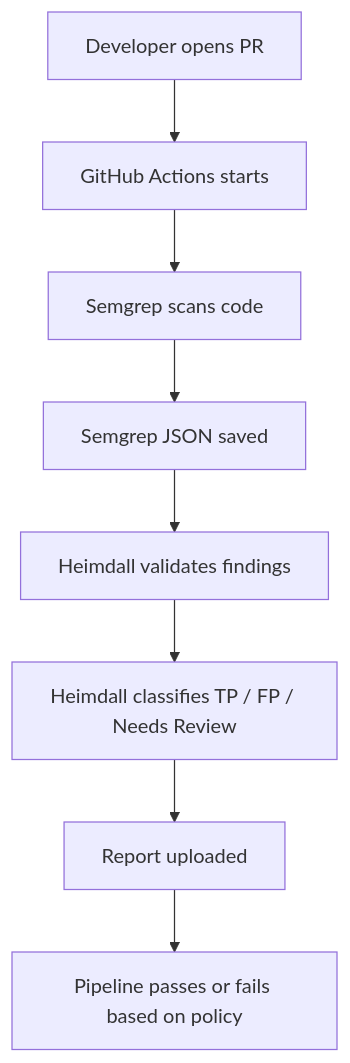
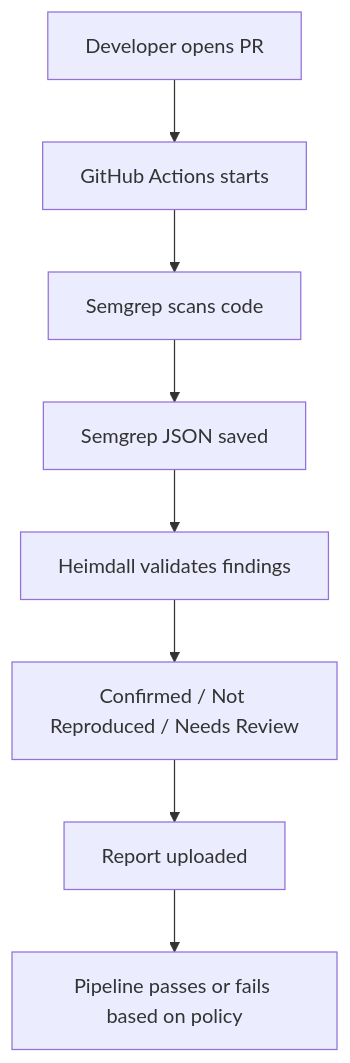
The diagram in docs/devsecops_integration.md (ZENLIK02/HeimDall-SecurityV2), drawn with Mermaid before and after one commit. The commit also changed other lines of this file and 56 other files, not shown here.

````diff
--- a/docs/devsecops_integration.md
+++ b/docs/devsecops_integration.md
@@ -7,10 +9,10 @@
 ```mermaid
 flowchart TD
     A[Developer opens PR] --> B[GitHub Actions starts]
     B --> C[Semgrep scans code]
     C --> D[Semgrep JSON saved]
     D --> E[Heimdall validates findings]
-    E --> F[Heimdall classifies TP / FP / Needs Review]
+    E --> F[Confirmed / Not Reproduced / Needs Review]
     F --> G[Report uploaded]
     G --> H[Pipeline passes or fails based on policy]
 ```
````
